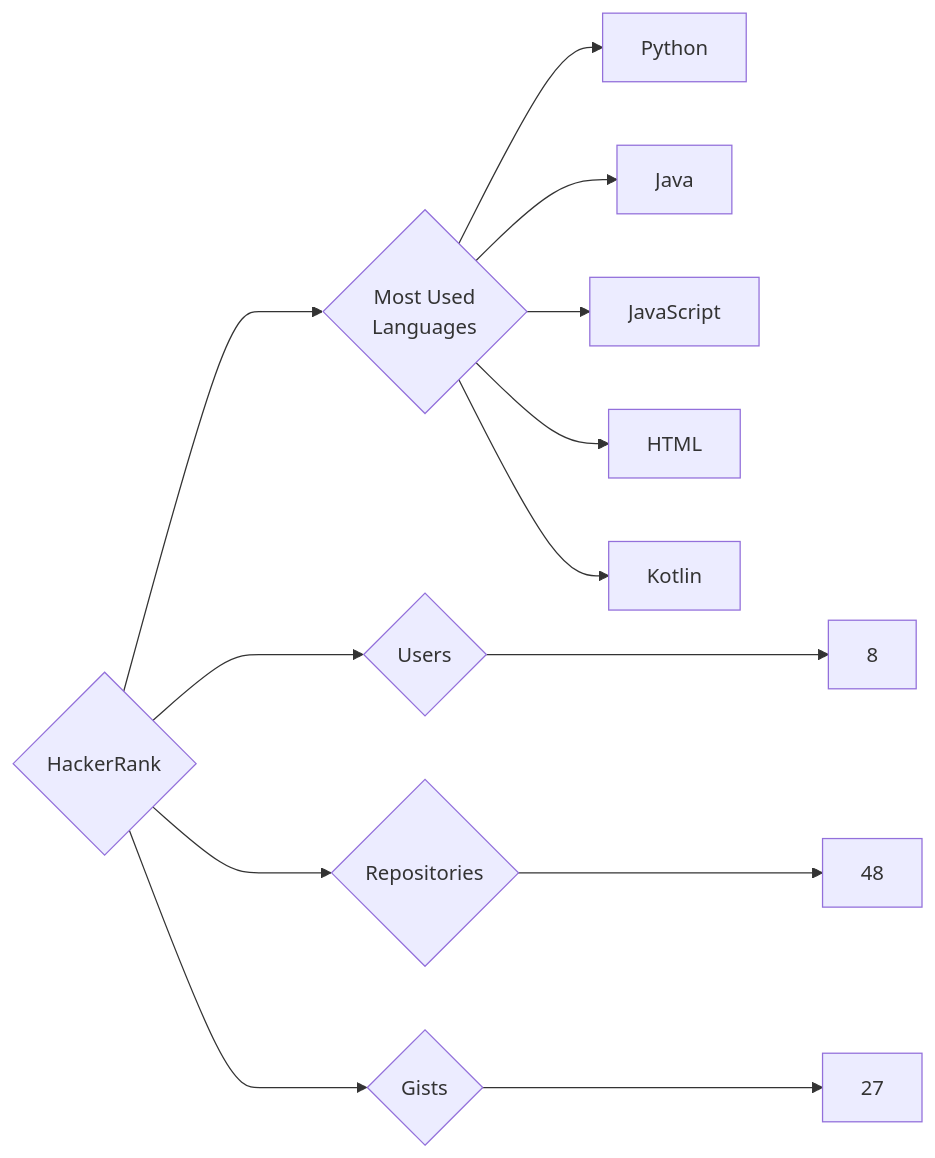
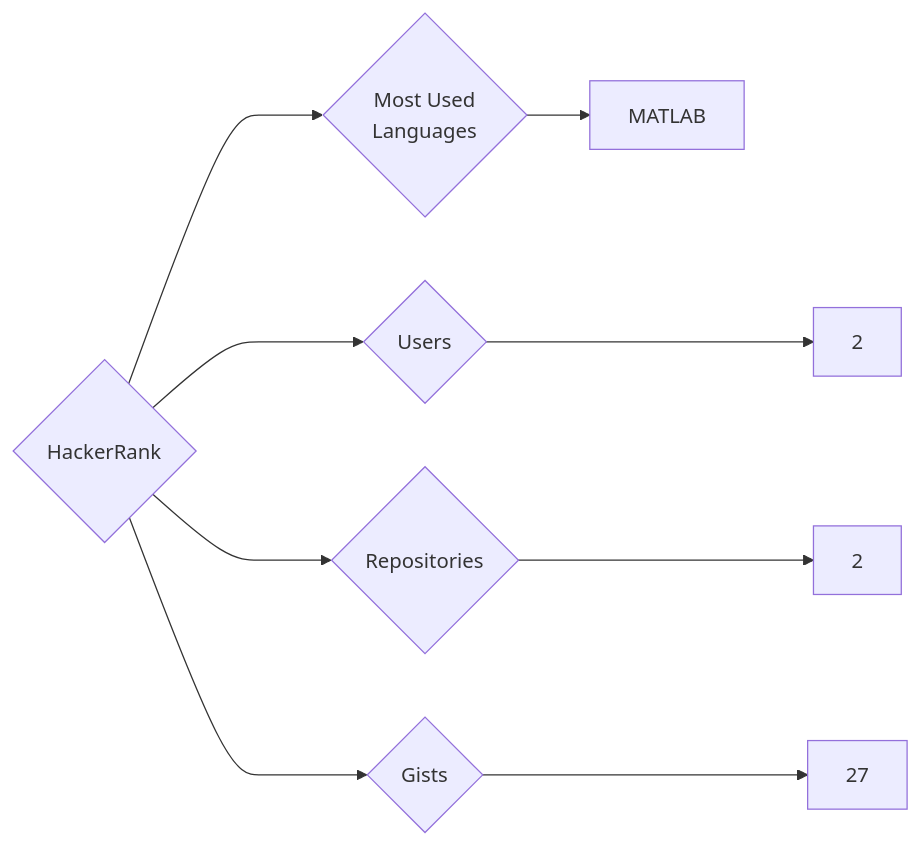
One commit to trickest/insiders changed the diagram in targets/HackerRank/README.md. Above: the diagram before and after it, drawn with Mermaid. The commit also changed 618 other files, not shown here.

````diff
--- a/targets/HackerRank/README.md
+++ b/targets/HackerRank/README.md
@@ -3,13 +3,9 @@
 ```mermaid
 graph LR
 COMPANY_NAME{HackerRank}
-COMPANY_NAME ---> U{Users} ---> UN[8]
-COMPANY_NAME ---> R{Repositories} ---> RN[48]
+COMPANY_NAME ---> U{Users} ---> UN[2]
+COMPANY_NAME ---> R{Repositories} ---> RN[2]
 COMPANY_NAME ---> G{Gists} ---> GN[27]
 COMPANY_NAME ---> ML{Most Used<br>Languages}
-ML --> Python[Python]
-ML --> Java[Java]
-ML --> JavaScript[JavaScript]
-ML --> HTML[HTML]
-ML --> Kotlin[Kotlin]
+ML --> MATLAB[MATLAB]
 ```
````
